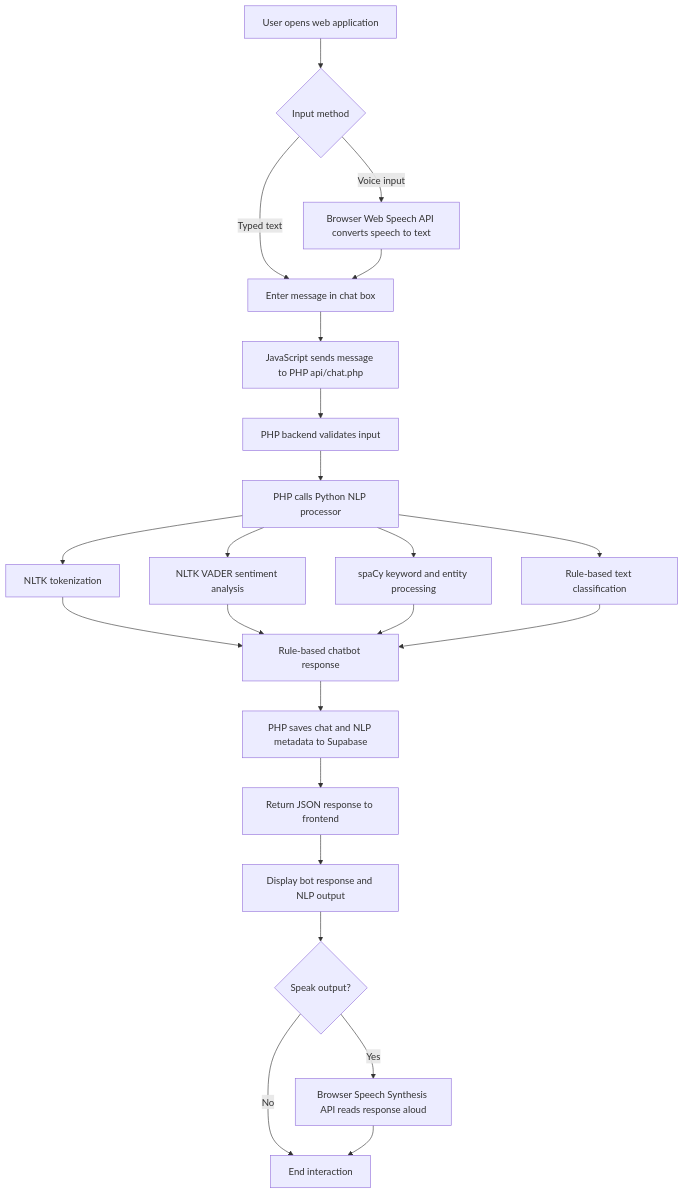
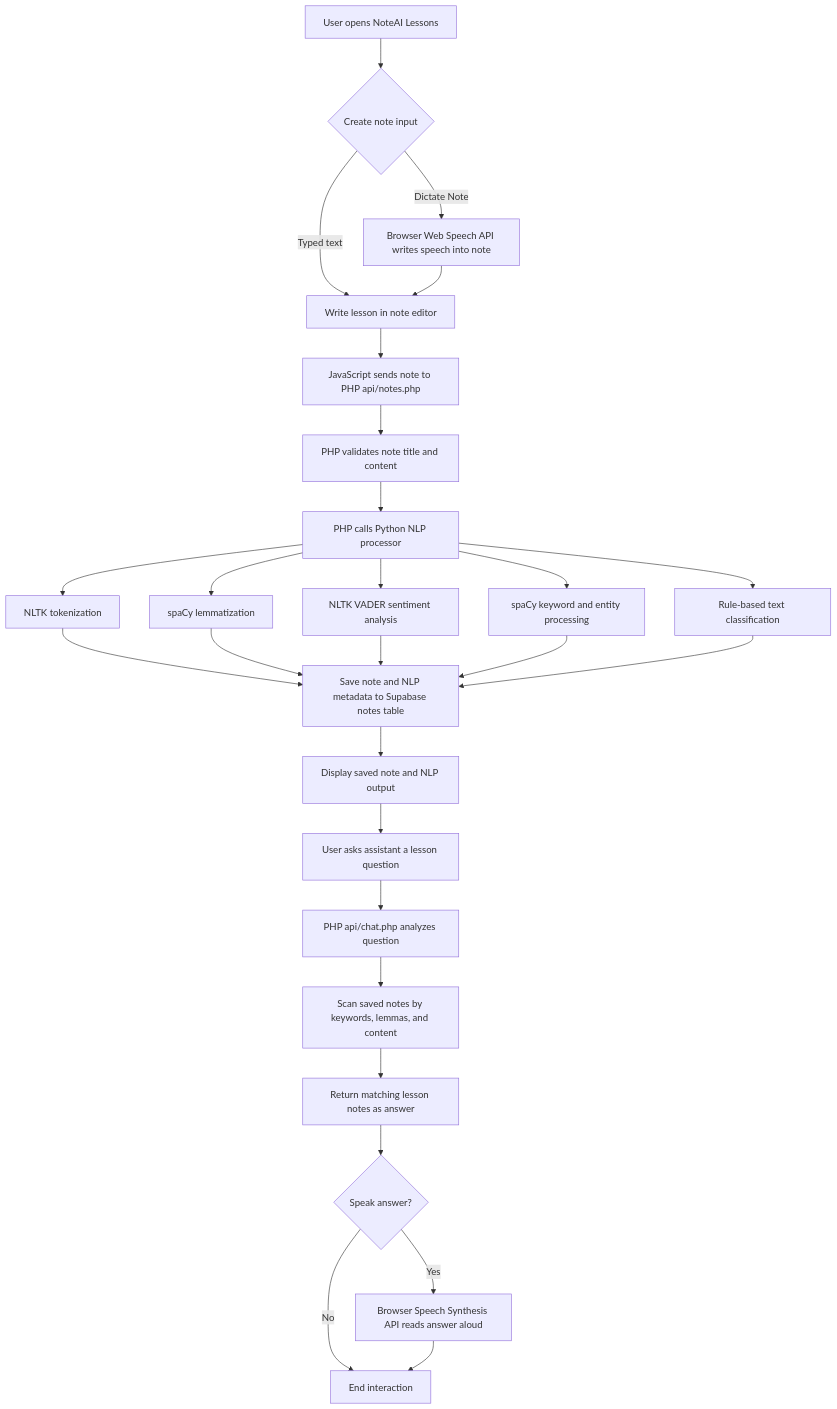
The diagram in docs/system_flowchart.mmd (noobprogrammer333/CS-ELEC), drawn with Mermaid before and after one commit. The commit also changed 16 other files, not shown here.

First line of the commit message:
Build NoteAI speech notes assistant (#3)

```diff
--- a/docs/system_flowchart.mmd
+++ b/docs/system_flowchart.mmd
@@ -1,23 +1,27 @@
 flowchart TD
-    A[User opens web application] --> B{Input method}
-    B -->|Typed text| C[Enter message in chat box]
-    B -->|Voice input| D[Browser Web Speech API converts speech to text]
+    A[User opens NoteAI Lessons] --> B{Create note input}
+    B -->|Typed text| C[Write lesson in note editor]
+    B -->|Dictate Note| D[Browser Web Speech API writes speech into note]
     D --> C
-    C --> E[JavaScript sends message to PHP api/chat.php]
-    E --> F[PHP backend validates input]
+    C --> E[JavaScript sends note to PHP api/notes.php]
+    E --> F[PHP validates note title and content]
     F --> G[PHP calls Python NLP processor]
     G --> H[NLTK tokenization]
-    G --> I[NLTK VADER sentiment analysis]
-    G --> J[spaCy keyword and entity processing]
-    G --> K[Rule-based text classification]
-    H --> L[Rule-based chatbot response]
-    I --> L
-    J --> L
-    K --> L
-    L --> M[PHP saves chat and NLP metadata to Supabase]
-    M --> N[Return JSON response to frontend]
-    N --> O[Display bot response and NLP output]
-    O --> P{Speak output?}
-    P -->|Yes| Q[Browser Speech Synthesis API reads response aloud]
-    P -->|No| R[End interaction]
-    Q --> R
+    G --> I[spaCy lemmatization]
+    G --> J[NLTK VADER sentiment analysis]
+    G --> K[spaCy keyword and entity processing]
+    G --> L[Rule-based text classification]
+    H --> M[Save note and NLP metadata to Supabase notes table]
+    I --> M
+    J --> M
+    K --> M
+    L --> M
+    M --> N[Display saved note and NLP output]
+    N --> O[User asks assistant a lesson question]
+    O --> P[PHP api/chat.php analyzes question]
+    P --> Q[Scan saved notes by keywords, lemmas, and content]
+    Q --> R[Return matching lesson notes as answer]
+    R --> S{Speak answer?}
+    S -->|Yes| T[Browser Speech Synthesis API reads answer aloud]
+    S -->|No| U[End interaction]
+    T --> U
```
